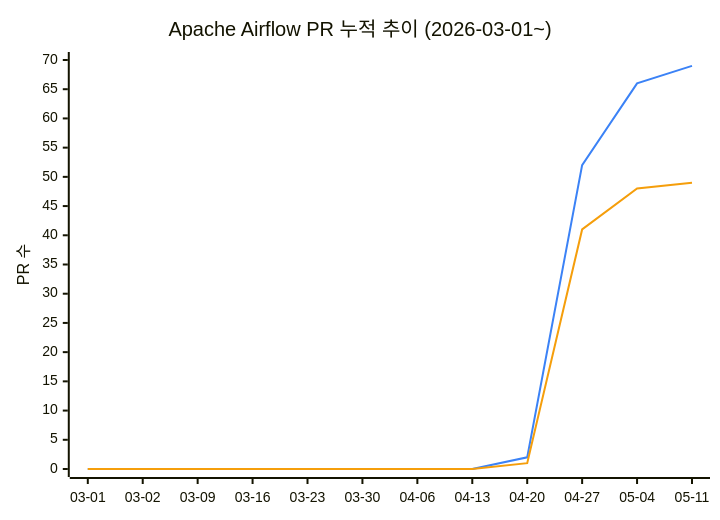
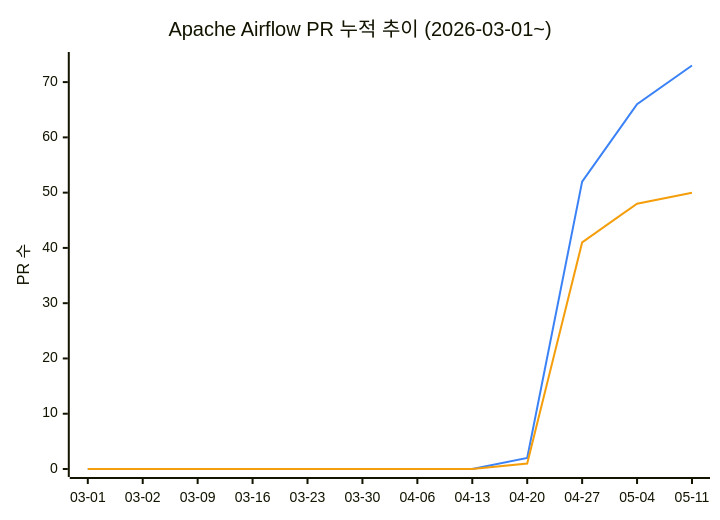
Before and after one commit to AirflowKorea/ossca: the diagram in README.md, drawn with Mermaid. The commit also changed other lines of this file, not shown here.

````diff
--- a/README.md
+++ b/README.md
@@ -11,9 +11,9 @@
 ```mermaid
 %%{init: {"themeVariables": {"xyChart": {"plotColorPalette": "#3b82f6, #f59e0b"}}}}%%
 xychart-beta
     title "Apache Airflow PR 누적 추이 (2026-03-01~)"
     x-axis ["03-01", "03-02", "03-09", "03-16", "03-23", "03-30", "04-06", "04-13", "04-20", "04-27", "05-04", "05-11"]
-    y-axis "PR 수" 0 --> 70
-    line [0, 0, 0, 0, 0, 0, 0, 0, 2, 52, 66, 69]
-    line [0, 0, 0, 0, 0, 0, 0, 0, 1, 41, 48, 49]
+    y-axis "PR 수" 0 --> 74
+    line [0, 0, 0, 0, 0, 0, 0, 0, 2, 52, 66, 73]
+    line [0, 0, 0, 0, 0, 0, 0, 0, 1, 41, 48, 50]
 ```
````
